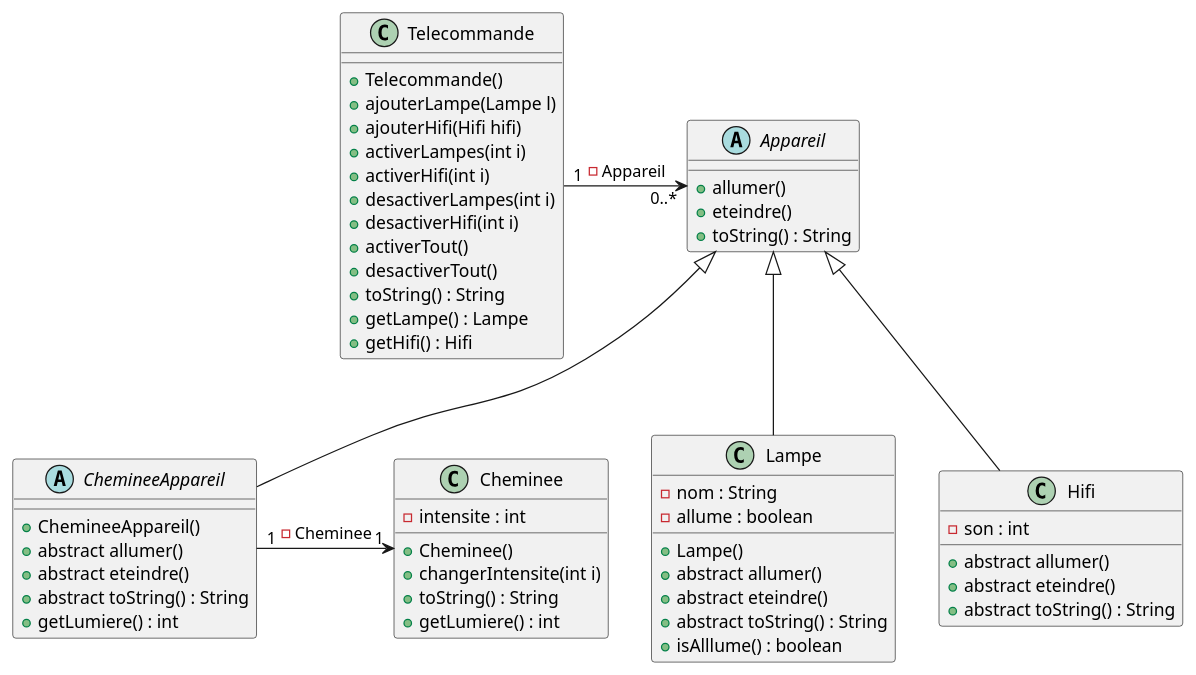
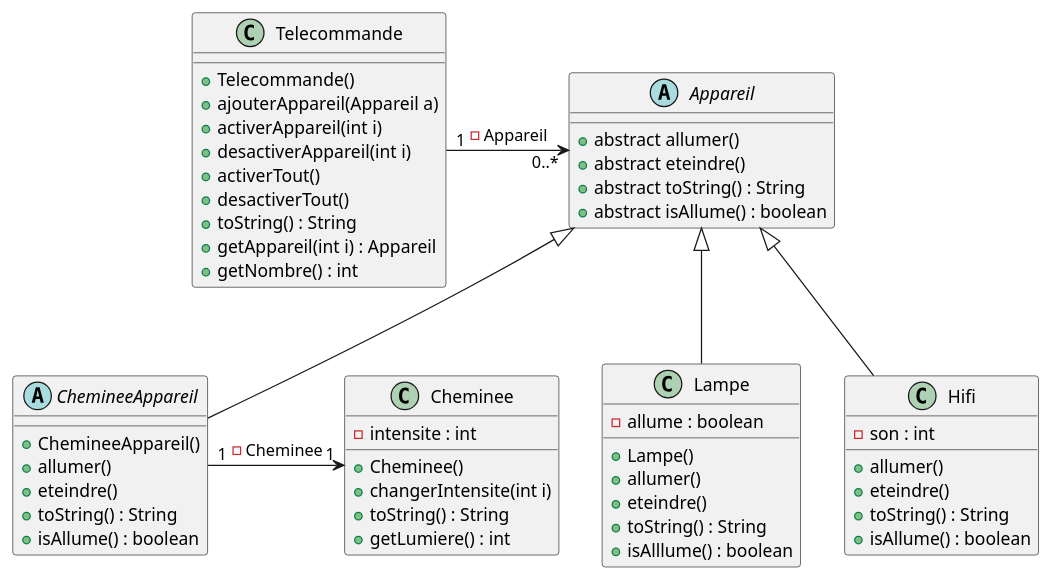
Before and after one commit to Baloo54/TP08: the diagram in uml/uml.puml, drawn with PlantUML. The commit also changed 2 other files, not shown here.

Commit message:
Ajouter des appareils à la télécommande dans la classe Main.java

```diff
--- a/uml/uml.puml
+++ b/uml/uml.puml
@@ -1,57 +1,55 @@
 @startuml Q2_TelecommandeDiagramme
 class Telecommande{
     +Telecommande()
-    +ajouterLampe(Lampe l)
-    +ajouterHifi(Hifi hifi)
-    +activerLampes(int i)
-    +activerHifi(int i)
-    +desactiverLampes(int i)
-    +desactiverHifi(int i)
+    +ajouterAppareil(Appareil a)
+    +activerAppareil(int i)
+    +desactiverAppareil(int i)
     +activerTout()
     +desactiverTout()
     +toString() : String
-    +getLampe() : Lampe
-    +getHifi() : Hifi
+    +getAppareil(int i) : Appareil
+    +getNombre() : int
 }
 class Lampe{
-    -nom : String
     -allume : boolean
     +Lampe()
-    +abstract allumer()
-    +abstract eteindre()
-    +abstract toString() : String
+    +allumer()
+    +eteindre()
+    +toString() : String
     +isAlllume() : boolean
 }
 class Hifi{
     -son : int
-    +abstract allumer()
-    +abstract eteindre()
-    +abstract toString() : String
+    +allumer()
+    +eteindre()
+    +toString() : String
+    +isAllume() : boolean
 }
 class Cheminee {
     -intensite : int
     +Cheminee()
     +changerIntensite(int i)
     +toString() : String
     +getLumiere() : int 
 }
 abstract class ChemineeAppareil{
     +ChemineeAppareil()
+    +allumer()
+    +eteindre()
+    +toString() : String
+    +isAllume() : boolean
+}
+abstract class Appareil{
     +abstract allumer()
     +abstract eteindre()
     +abstract toString() : String
-    +getLumiere() : int
-}
-abstract class Appareil{
-    +allumer()
-    +eteindre()
-    +toString() : String
+    +abstract isAllume() : boolean
 }
 Telecommande "1" -> "0..*" Appareil : -Appareil
 Appareil <|-- Lampe
 Appareil <|-- Hifi
 Appareil <|-- ChemineeAppareil
 ChemineeAppareil "1" -> "1" Cheminee : -Cheminee
 
 
 @enduml
```
